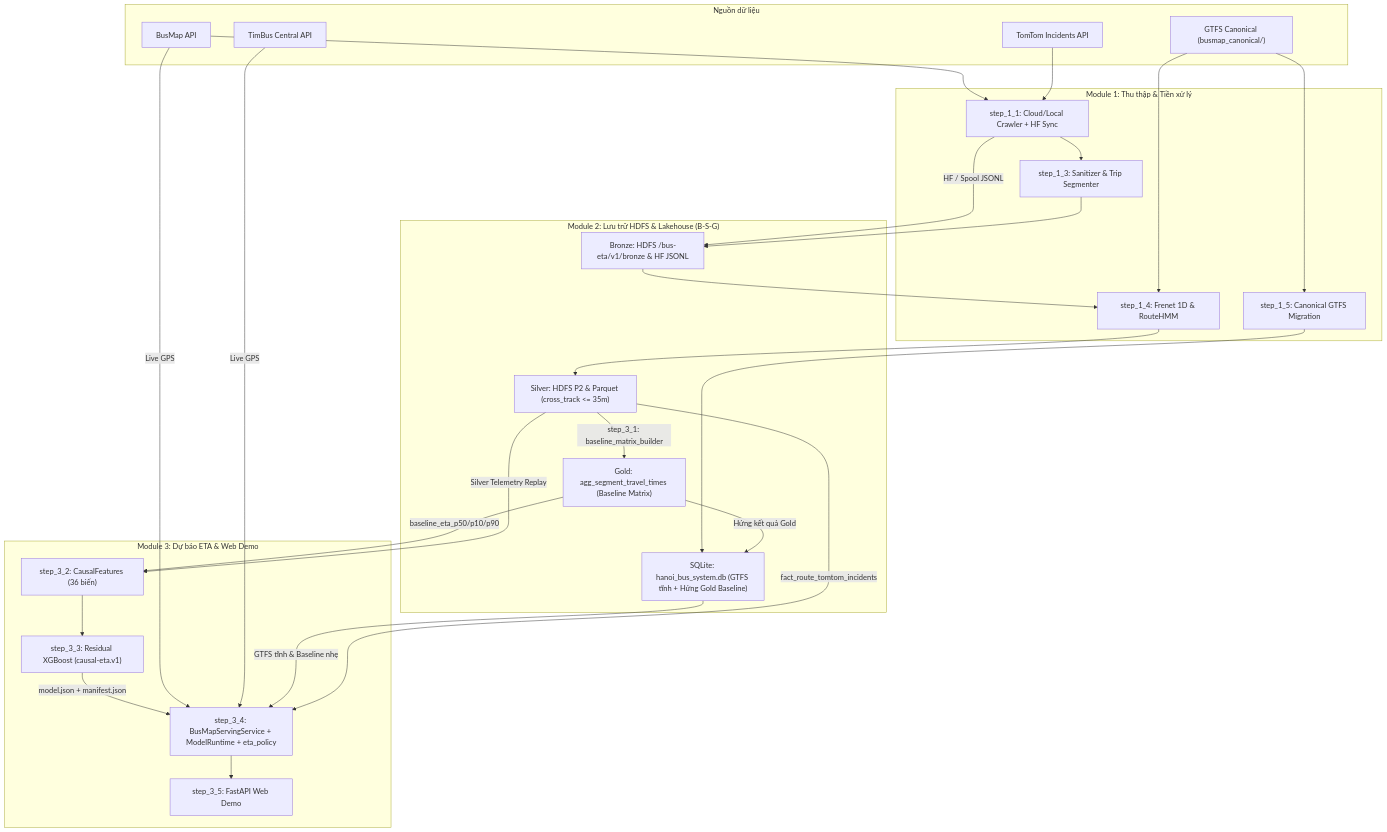
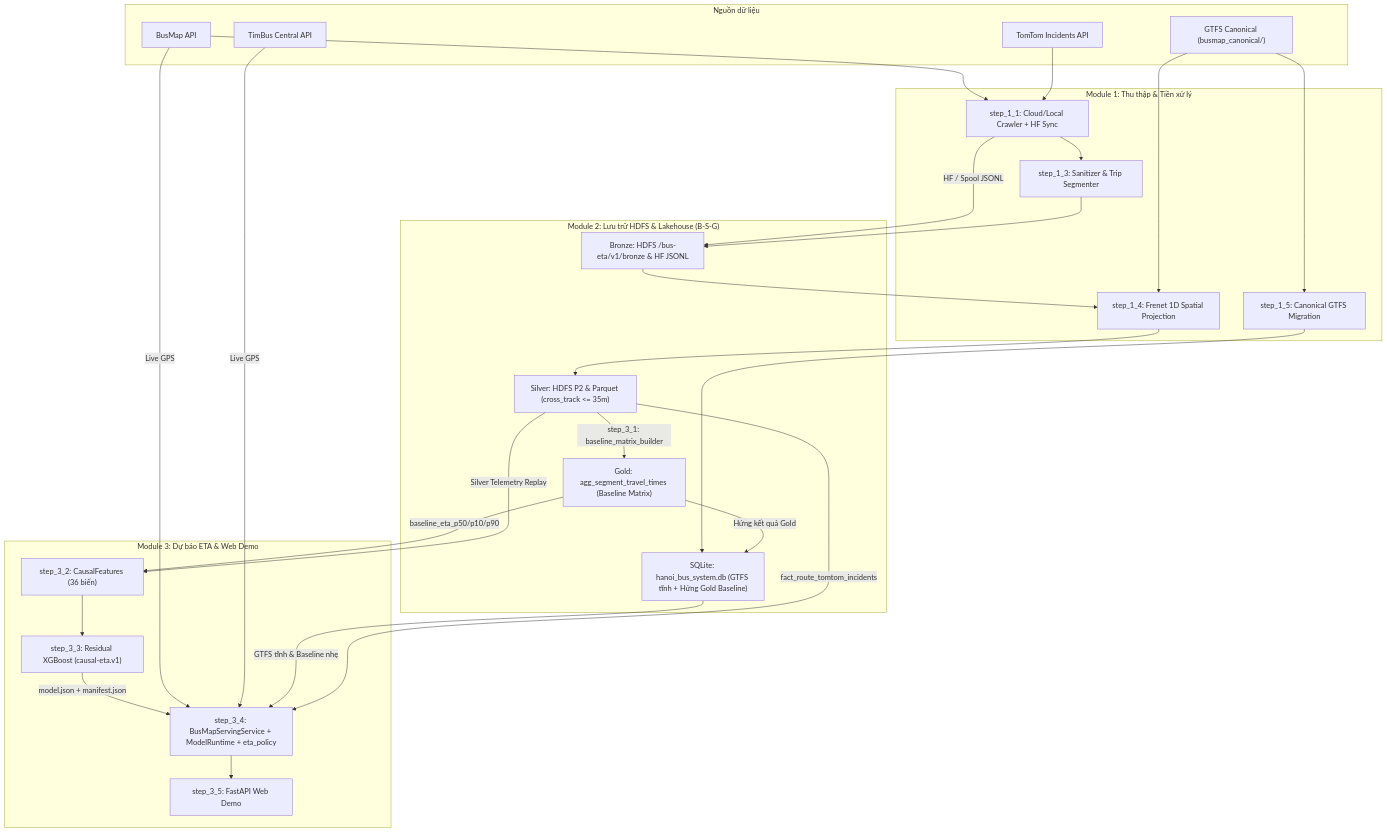
Before and after one commit to toibinguz/Bus_tracking: the diagram in README.md, drawn with Mermaid. The commit also changed other lines of this file and 4 other files, not shown here.

Commit message:
docs: clarify RouteHMM runs only in Speed Layer while step_1_4 Batch uses pure 1D Frenet

````diff
--- a/README.md
+++ b/README.md
@@ -9,44 +9,44 @@
 ```mermaid
 flowchart TD
     subgraph SRC["Nguồn dữ liệu"]
         BM["BusMap API"]
         TB["TimBus Central API"]
         TT["TomTom Incidents API"]
         GTFS["GTFS Canonical (busmap_canonical/)"]
     end
 
     subgraph M1["Module 1: Thu thập & Tiền xử lý"]
         CRAWL["step_1_1: Cloud/Local Crawler + HF Sync"]
         SAN["step_1_3: Sanitizer & Trip Segmenter"]
-        PROJ["step_1_4: Frenet 1D & RouteHMM"]
+        PROJ["step_1_4: Frenet 1D Spatial Projection"]
         MIG["step_1_5: Canonical GTFS Migration"]
     end
 
     subgraph M2["Module 2: Lưu trữ HDFS & Lakehouse (B-S-G)"]
         BR["Bronze: HDFS /bus-eta/v1/bronze & HF JSONL"]
         SIL["Silver: HDFS P2 & Parquet (cross_track <= 35m)"]
         GOLD["Gold: agg_segment_travel_times (Baseline Matrix)"]
         SQL["SQLite: hanoi_bus_system.db (GTFS tĩnh + Hứng Gold Baseline)"]
     end
 
     subgraph M3["Module 3: Dự báo ETA & Web Demo"]
         CF["step_3_2: CausalFeatures (36 biến)"]
         TRAIN["step_3_3: Residual XGBoost (causal-eta.v1)"]
         SERVE["step_3_4: BusMapServingService + ModelRuntime + eta_policy"]
         WEB["step_3_5: FastAPI Web Demo"]
     end
 
     BM & TT --> CRAWL -->|"HF / Spool JSONL"| BR --> PROJ --> SIL
     CRAWL --> SAN --> BR
     GTFS --> MIG --> SQL
     GTFS --> PROJ
     SIL -->|"step_3_1: baseline_matrix_builder"| GOLD
     GOLD -->|"Hứng kết quả Gold"| SQL
     GOLD -->|"baseline_eta_p50/p10/p90"| CF
     SIL -->|"Silver Telemetry Replay"| CF
     CF --> TRAIN -->|"model.json + manifest.json"| SERVE
     BM & TB -->|"Live GPS"| SERVE
     SQL -->|"GTFS tĩnh & Baseline nhẹ"| SERVE
     SIL -->|"fact_route_tomtom_incidents"| SERVE
     SERVE --> WEB
 ```
````
